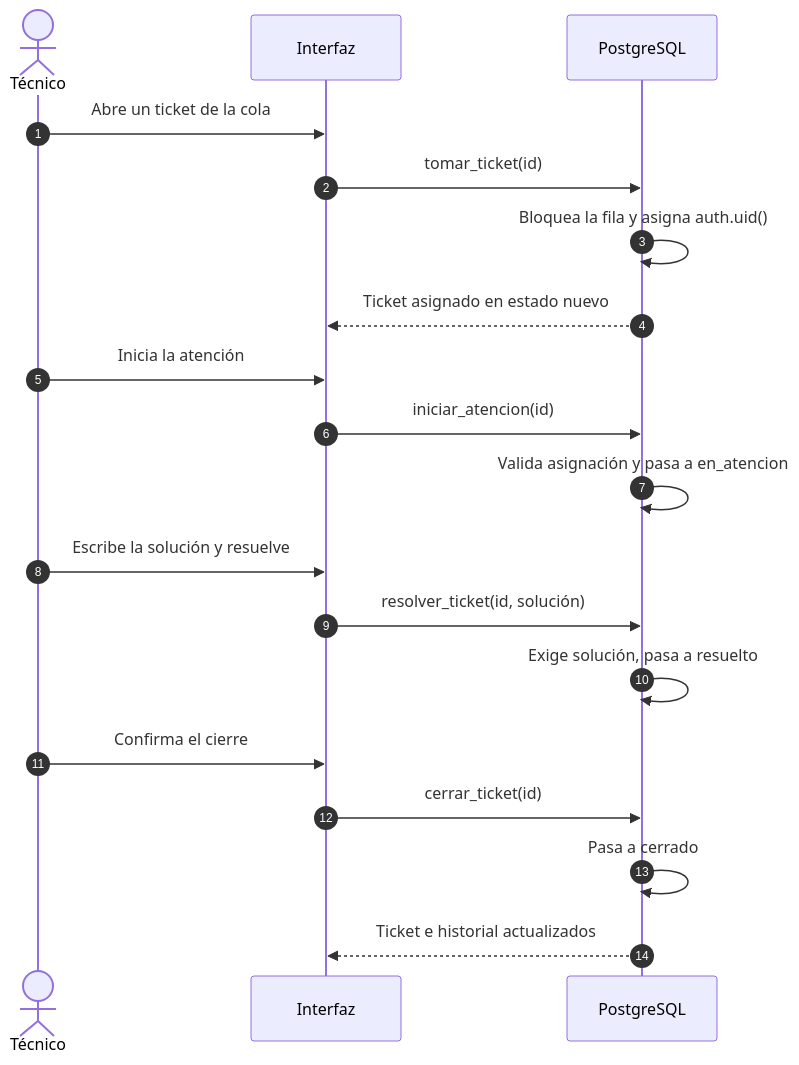
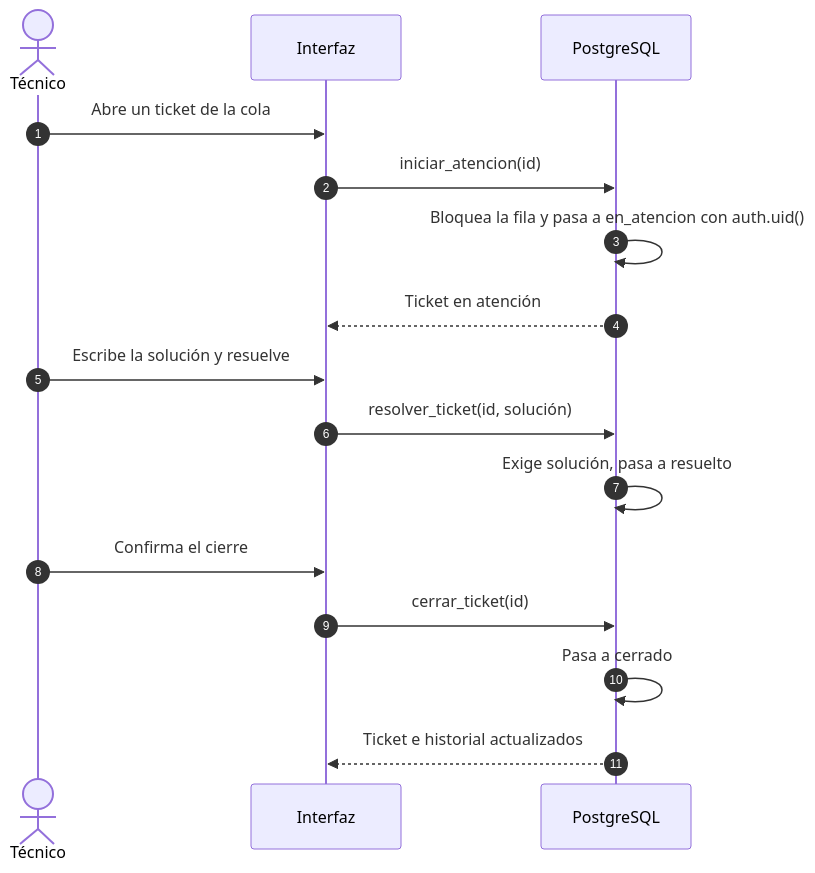
Before and after one commit to amena-otto/ti-smartdesk-ai: the third of 4 diagrams in docs/architecture.md, drawn with Mermaid. The commit also changed other lines of this file and 26 other files, not shown here.

````diff
--- a/docs/architecture.md
+++ b/docs/architecture.md
@@ -160,21 +160,18 @@
 ```mermaid
 sequenceDiagram
   autonumber
   actor T as Técnico
   participant UI as Interfaz
   participant DB as PostgreSQL
   T->>UI: Abre un ticket de la cola
-  UI->>DB: tomar_ticket(id)
-  DB->>DB: Bloquea la fila y asigna auth.uid()
-  DB-->>UI: Ticket asignado en estado nuevo
-  T->>UI: Inicia la atención
   UI->>DB: iniciar_atencion(id)
-  DB->>DB: Valida asignación y pasa a en_atencion
+  DB->>DB: Bloquea la fila y pasa a en_atencion con auth.uid()
+  DB-->>UI: Ticket en atención
   T->>UI: Escribe la solución y resuelve
   UI->>DB: resolver_ticket(id, solución)
   DB->>DB: Exige solución, pasa a resuelto
   T->>UI: Confirma el cierre
   UI->>DB: cerrar_ticket(id)
   DB->>DB: Pasa a cerrado
   DB-->>UI: Ticket e historial actualizados
 ```
````
